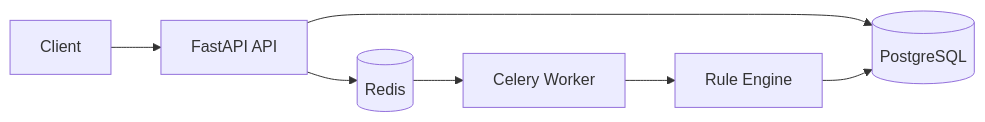
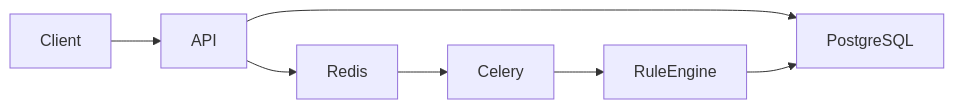
One commit to toweirdg/log-sleuth changed the diagram in README.md. Above: the diagram before and after it, drawn with Mermaid. The commit also changed other lines of this file, not shown here.

Commit message:
docs: improve repository presentation and documentation

````diff
--- a/README.md
+++ b/README.md
@@ -77,10 +77,10 @@
 ```mermaid
 flowchart LR
 
-A[Client] --> B[FastAPI API]
-B --> C[(PostgreSQL)]
-B --> D[(Redis)]
-D --> E[Celery Worker]
-E --> F[Rule Engine]
-F --> C
+Client --> API
+API --> PostgreSQL
+API --> Redis
+Redis --> Celery
+Celery --> RuleEngine
+RuleEngine --> PostgreSQL
 ```
````
